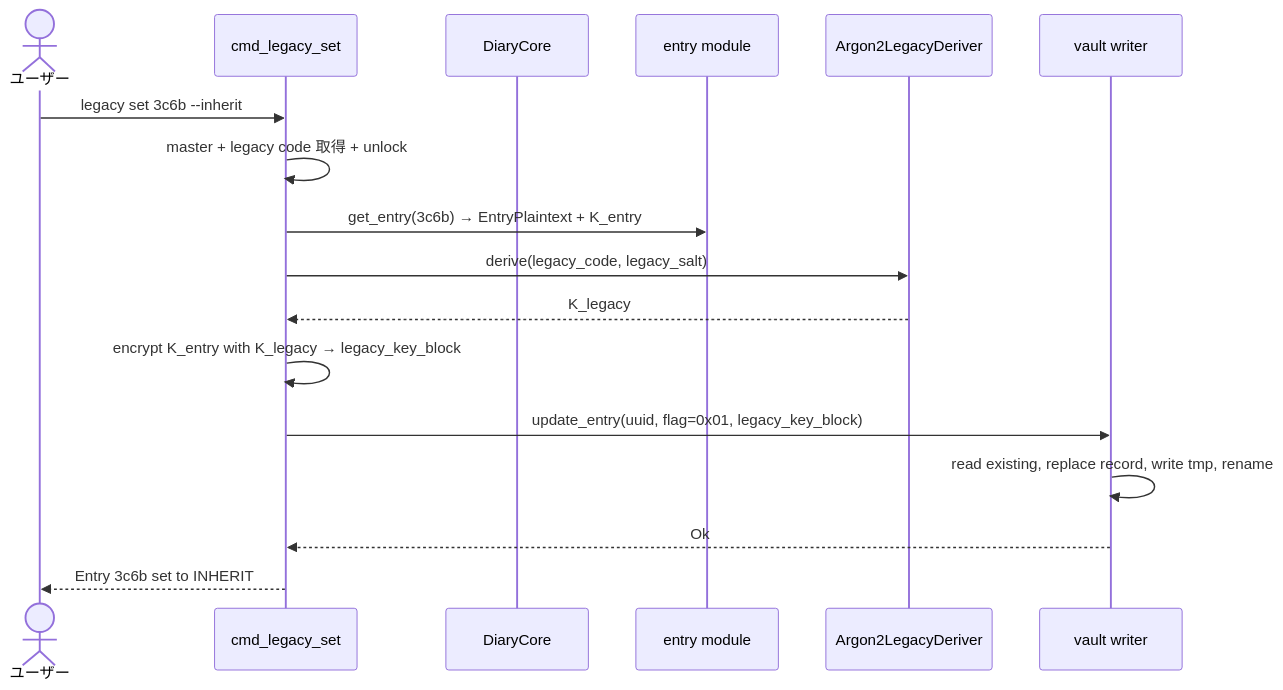
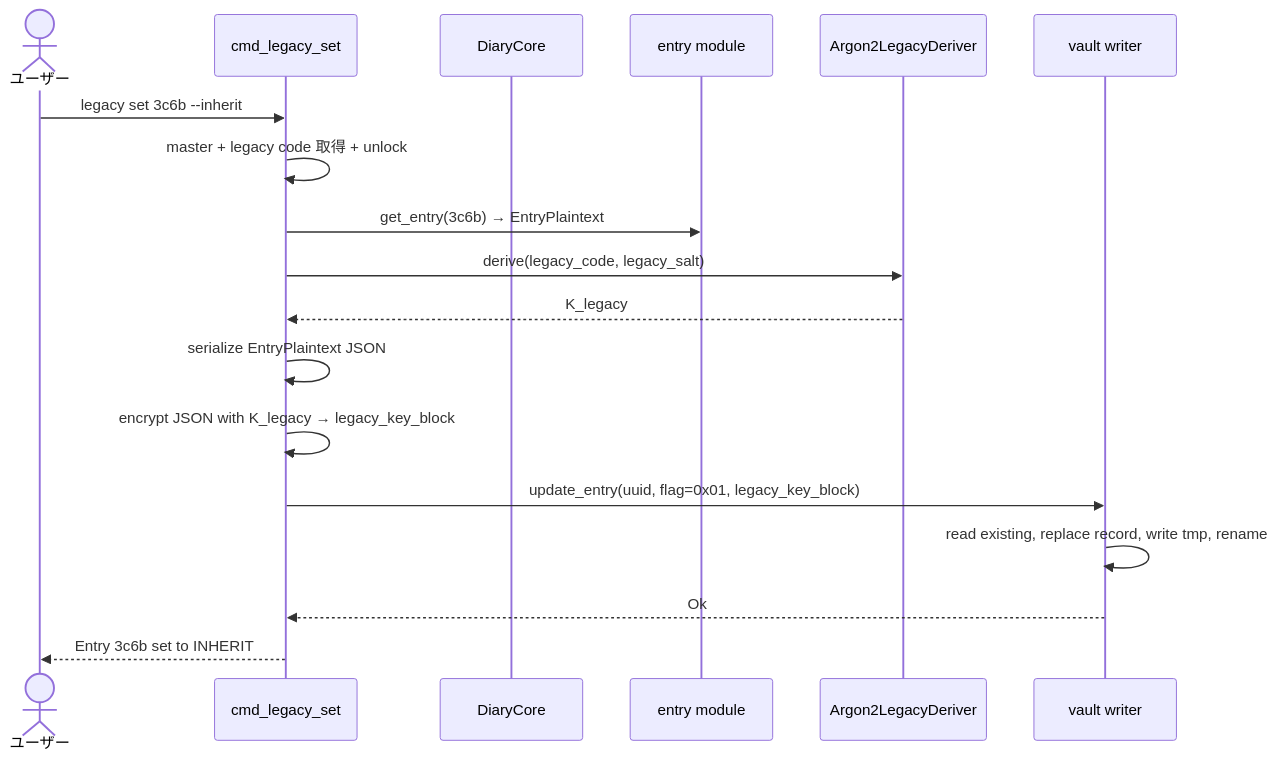
Before and after one commit to sudolifeagain/pq-diary: the second of 6 diagrams in docs/design/s12-legacy/dataflow.md, drawn with Mermaid. The commit also changed other lines of this file and 11 other files, not shown here.

````diff
--- a/docs/design/s12-legacy/dataflow.md
+++ b/docs/design/s12-legacy/dataflow.md
@@ -59,20 +59,21 @@
 ```mermaid
 sequenceDiagram
     actor U as ユーザー
     participant CMD as cmd_legacy_set
     participant DC as DiaryCore
     participant E as entry module
     participant DV as Argon2LegacyDeriver
     participant V as vault writer
 
     U->>CMD: legacy set 3c6b --inherit
     CMD->>CMD: master + legacy code 取得 + unlock
-    CMD->>E: get_entry(3c6b) → EntryPlaintext + K_entry
+    CMD->>E: get_entry(3c6b) → EntryPlaintext
     CMD->>DV: derive(legacy_code, legacy_salt)
     DV-->>CMD: K_legacy
-    CMD->>CMD: encrypt K_entry with K_legacy → legacy_key_block
+    CMD->>CMD: serialize EntryPlaintext JSON
+    CMD->>CMD: encrypt JSON with K_legacy → legacy_key_block
     CMD->>V: update_entry(uuid, flag=0x01, legacy_key_block)
     V->>V: read existing, replace record, write tmp, rename
     V-->>CMD: Ok
     CMD-->>U: Entry 3c6b set to INHERIT
 ```
````
